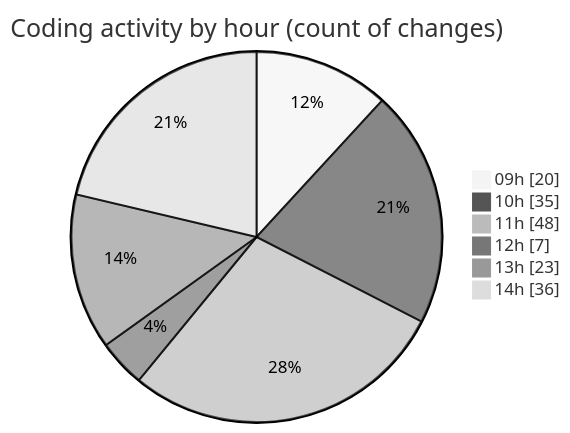
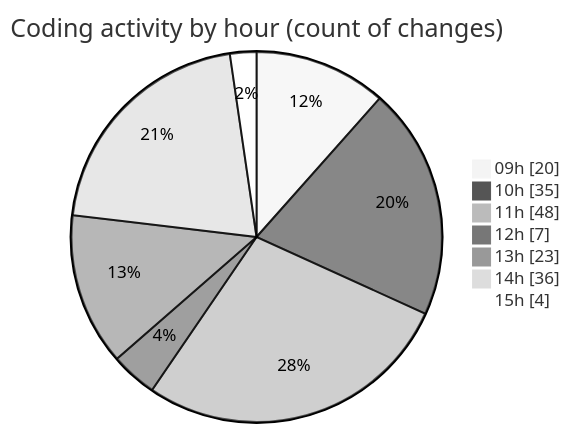
Before and after one commit to CELIANVF/code-tracking: the second of 2 diagrams in 2025-06-10/ecodeli-1/README.md, drawn with Mermaid (neutral theme). The commit also changed other lines of this file and 1 other file, not shown here.

````diff
--- a/2025-06-10/ecodeli-1/README.md
+++ b/2025-06-10/ecodeli-1/README.md
@@ -90,10 +91,11 @@
 ```mermaid
 pie showData
 title Coding activity by hour (count of changes)
 "09h" : 20
 "10h" : 35
 "11h" : 48
 "12h" : 7
 "13h" : 23
 "14h" : 36
+"15h" : 4
 ```
````
